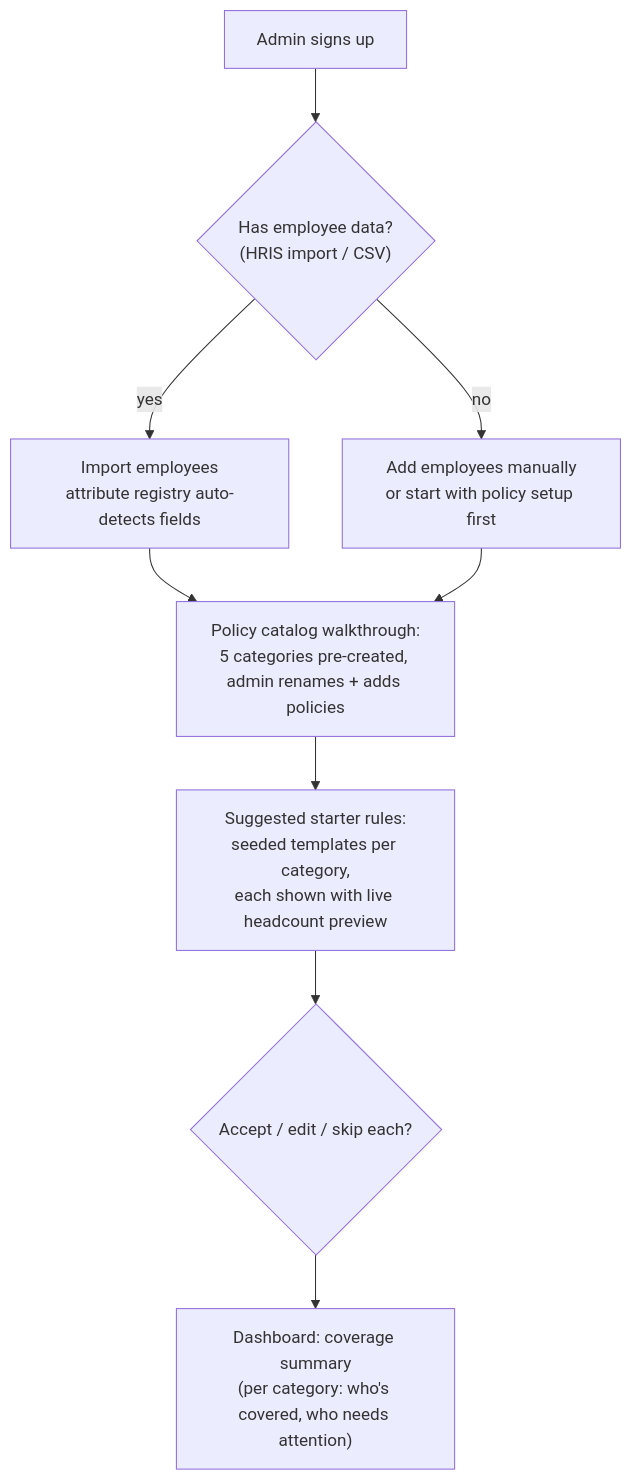
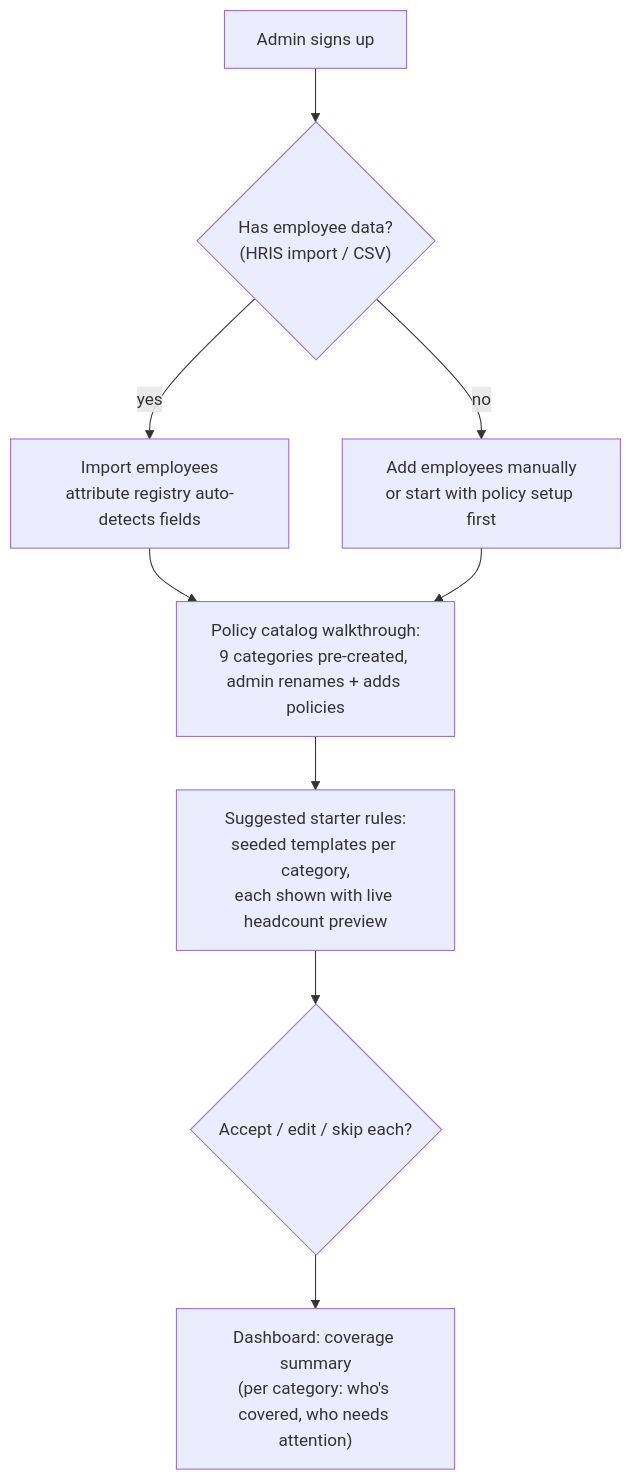
One commit to ramanasai/wrap-policy-assignment-system changed the diagram in docs/UX_FLOWS.md. Above: the diagram before and after it, drawn with Mermaid. The commit also changed 7 other files, not shown here.

Commit message:
Doc sweep: align every markdown file with current reality (9 categories, 20 policies, 18 rules, segments, cmd binaries, system-map); ssh remote; CI untracked locally

````diff
--- a/docs/UX_FLOWS.md
+++ b/docs/UX_FLOWS.md
@@ -12,11 +12,11 @@
 ```mermaid
 flowchart TD
     A[Admin signs up] --> B{"Has employee data?<br/>(HRIS import / CSV)"}
     B -- yes --> C[Import employees<br/>attribute registry auto-detects fields]
     B -- no --> D[Add employees manually<br/>or start with policy setup first]
-    C --> E["Policy catalog walkthrough:<br/>5 categories pre-created, admin renames + adds policies"]
+    C --> E["Policy catalog walkthrough:<br/>9 categories pre-created, admin renames + adds policies"]
     D --> E
     E --> F["Suggested starter rules:<br/>seeded templates per category,<br/>each shown with live headcount preview"]
     F --> G{Accept / edit / skip each?}
     G --> H["Dashboard: coverage summary<br/>(per category: who's covered, who needs attention)"]
 ```
````
